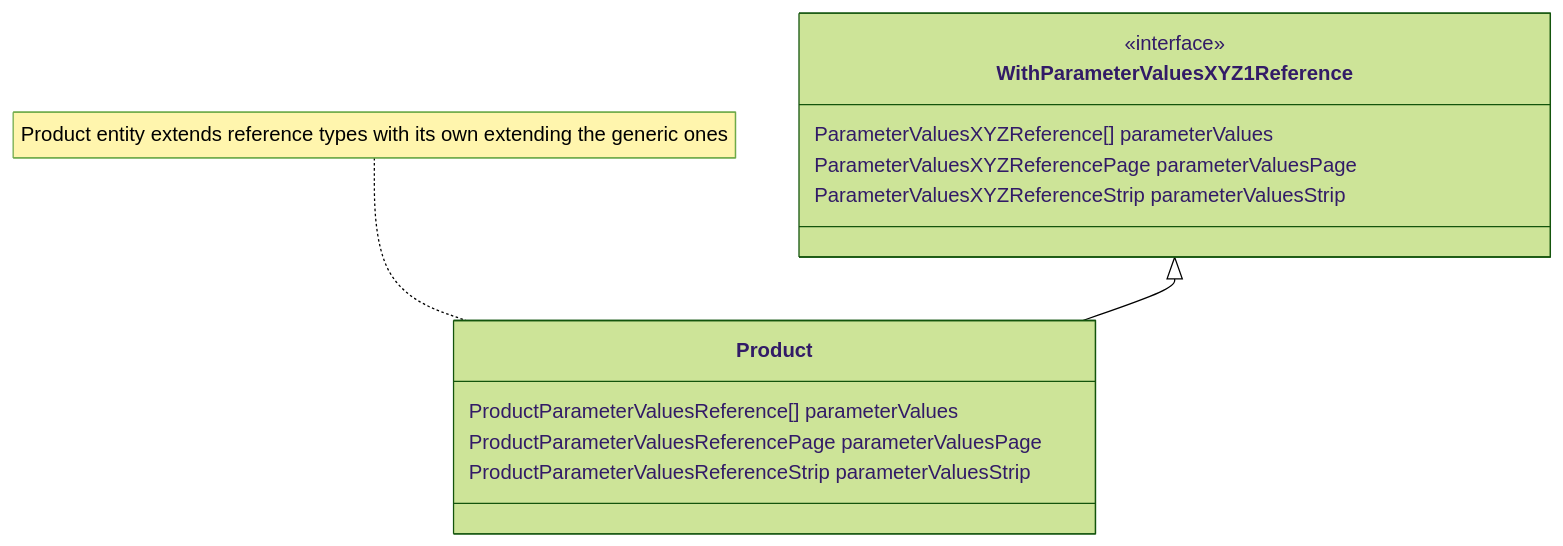
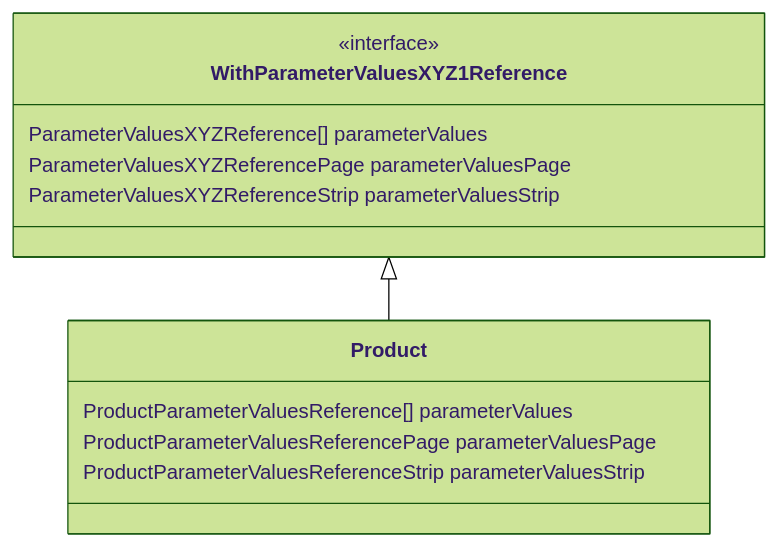
Before and after one commit to FgForrest/evitaDB: the second of 2 diagrams in documentation/user/en/use/connectors/graphql.md, drawn with Mermaid (forest theme). The commit also changed other lines of this file, not shown here.

Commit message:
docs: mermaid syntax incompatibility with older version

````diff
--- a/documentation/user/en/use/connectors/graphql.md
+++ b/documentation/user/en/use/connectors/graphql.md
@@ -287,19 +281,18 @@
 ```mermaid
 classDiagram
 
     class WithParameterValuesXYZ1Reference {
         <<interface>>
         ParameterValuesXYZReference[] parameterValues
         ParameterValuesXYZReferencePage parameterValuesPage
         ParameterValuesXYZReferenceStrip parameterValuesStrip
     }
 
     class Product {
         ProductParameterValuesReference[] parameterValues
         ProductParameterValuesReferencePage parameterValuesPage
         ProductParameterValuesReferenceStrip parameterValuesStrip
     }
-    note for Product "Product entity extends reference types with its own extending the generic ones"
 
     WithParameterValuesXYZ1Reference <|-- Product
 ```
````
